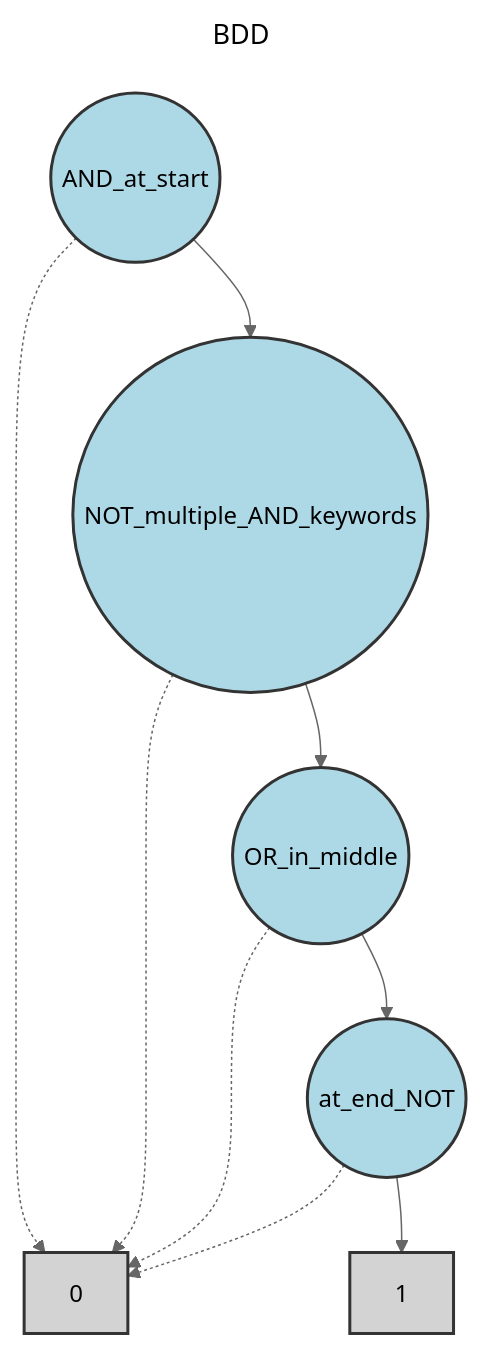
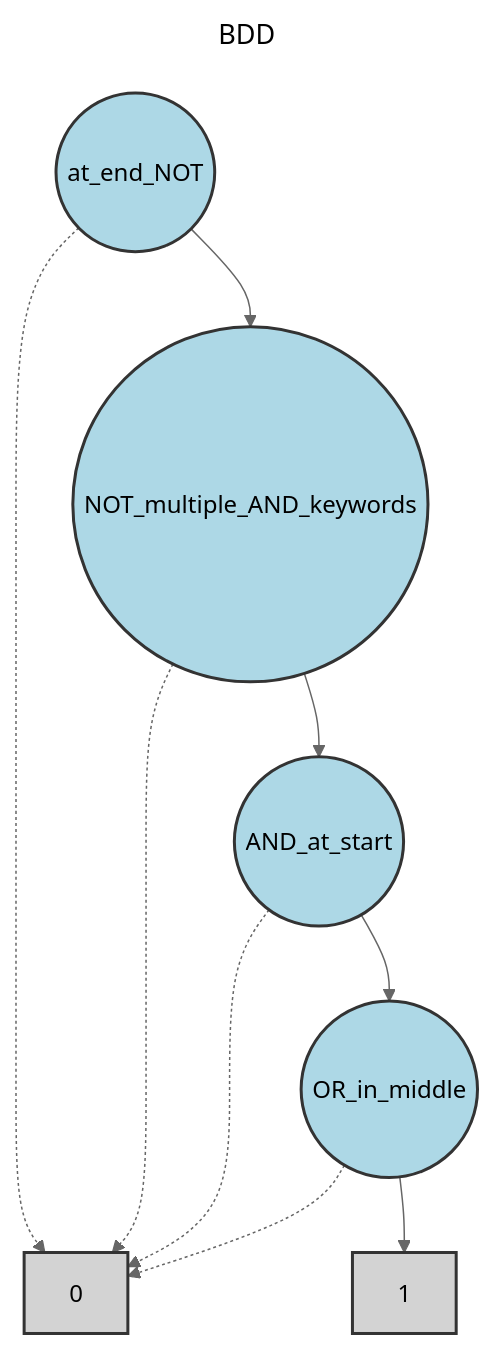
One commit to Alan-Jowett/bdd_test changed the second of 2 diagrams in test_expressions/edge_cases/operator_keywords_in_vars_analysis.md. Above: the diagram before and after it, drawn with Mermaid (neutral theme). The commit also changed other lines of this file and 104 other files, not shown here.

````diff
--- a/test_expressions/edge_cases/operator_keywords_in_vars_analysis.md
+++ b/test_expressions/edge_cases/operator_keywords_in_vars_analysis.md
@@ -52,31 +52,31 @@
 ```mermaid
 ---
 title: BDD
 ---
 flowchart TD
     N0["0"]
     N1["1"]
-    N2(("at_end_NOT"))
-    N3(("OR_in_middle"))
+    N2(("OR_in_middle"))
+    N3(("AND_at_start"))
     N4(("NOT_multiple_AND_keywords"))
-    N5(("AND_at_start"))
+    N5(("at_end_NOT"))
 
     N2 -.-> N0
     N2 --> N1
     N3 -.-> N0
     N3 --> N2
     N4 -.-> N0
     N4 --> N3
     N5 -.-> N0
     N5 --> N4
 
     class N0 terminal
     class N1 terminal
     class N2 bddVariable
     class N3 bddVariable
     class N4 bddVariable
     class N5 bddVariable
 
     classDef bddVariable fill:lightblue,stroke:#333,stroke-width:2px,color:#000
     classDef terminal fill:lightgray,stroke:#333,stroke-width:2px,color:#000
 ```
````
